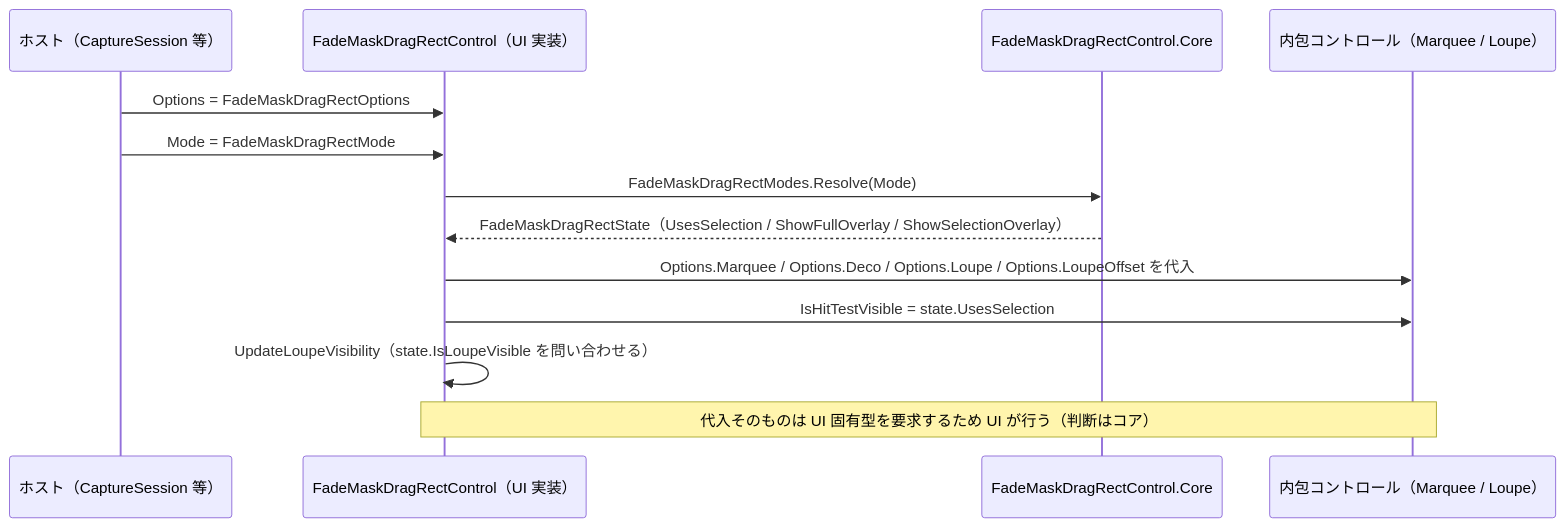
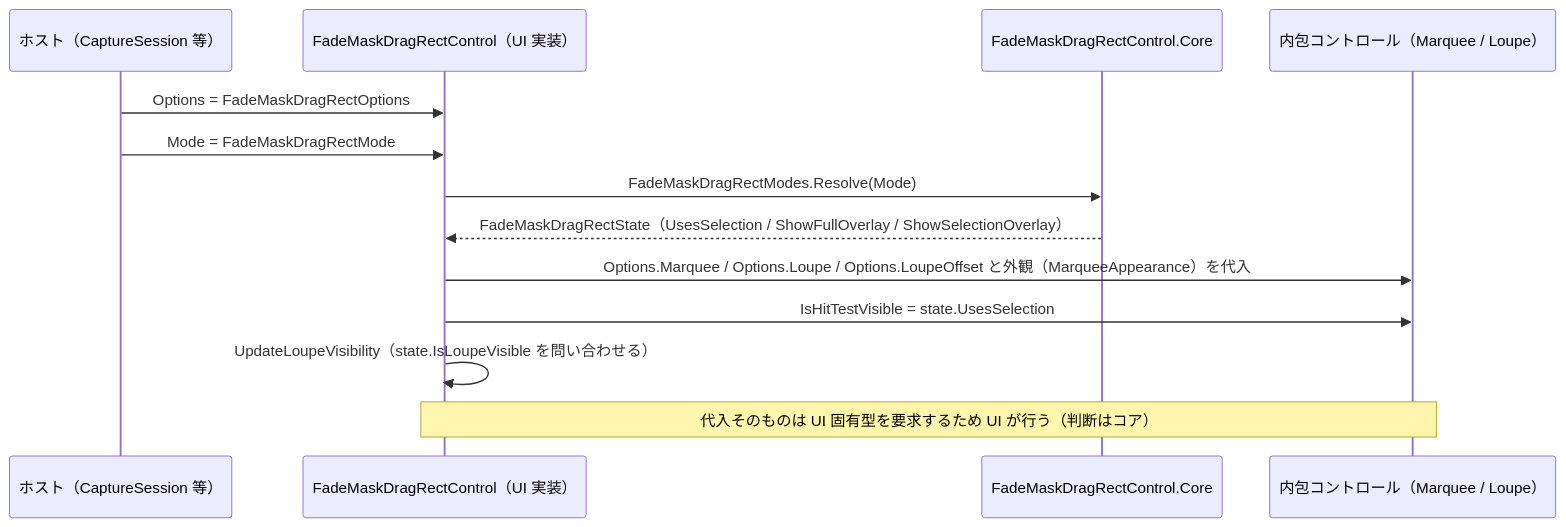
One commit to tomokuni/SaveEvidence changed the third of 5 diagrams in src/FadeMaskDragRectControl.Core/SPEC_System.md. Above: the diagram before and after it, drawn with Mermaid. The commit also changed other lines of this file and 33 other files, not shown here.

````diff
--- a/src/FadeMaskDragRectControl.Core/SPEC_System.md
+++ b/src/FadeMaskDragRectControl.Core/SPEC_System.md
@@ -126,16 +126,16 @@
 ```mermaid
 sequenceDiagram
   participant Host as ホスト（CaptureSession 等）
   participant UI as FadeMaskDragRectControl（UI 実装）
   participant Core as FadeMaskDragRectControl.Core
   participant Child as 内包コントロール（Marquee / Loupe）
 
   Host->>UI: Options = FadeMaskDragRectOptions
   Host->>UI: Mode = FadeMaskDragRectMode
   UI->>Core: FadeMaskDragRectModes.Resolve(Mode)
   Core-->>UI: FadeMaskDragRectState（UsesSelection / ShowFullOverlay / ShowSelectionOverlay）
-  UI->>Child: Options.Marquee / Options.Deco / Options.Loupe / Options.LoupeOffset を代入
+  UI->>Child: Options.Marquee / Options.Loupe / Options.LoupeOffset と外観（MarqueeAppearance）を代入
   UI->>Child: IsHitTestVisible = state.UsesSelection
   UI->>UI: UpdateLoupeVisibility（state.IsLoupeVisible を問い合わせる）
   Note over UI,Child: 代入そのものは UI 固有型を要求するため UI が行う（判断はコア）
 ```
````
